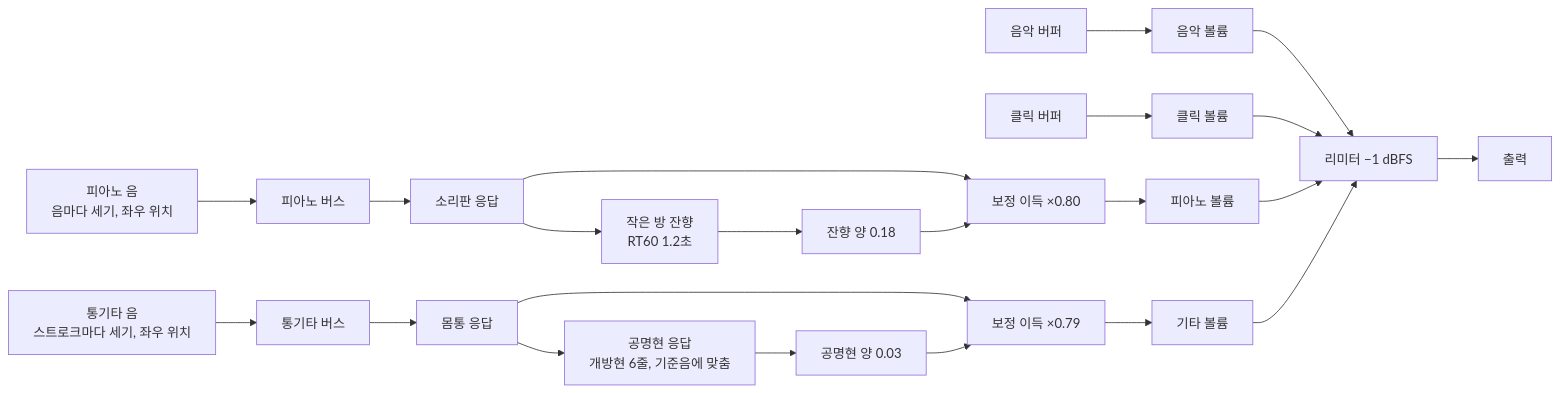
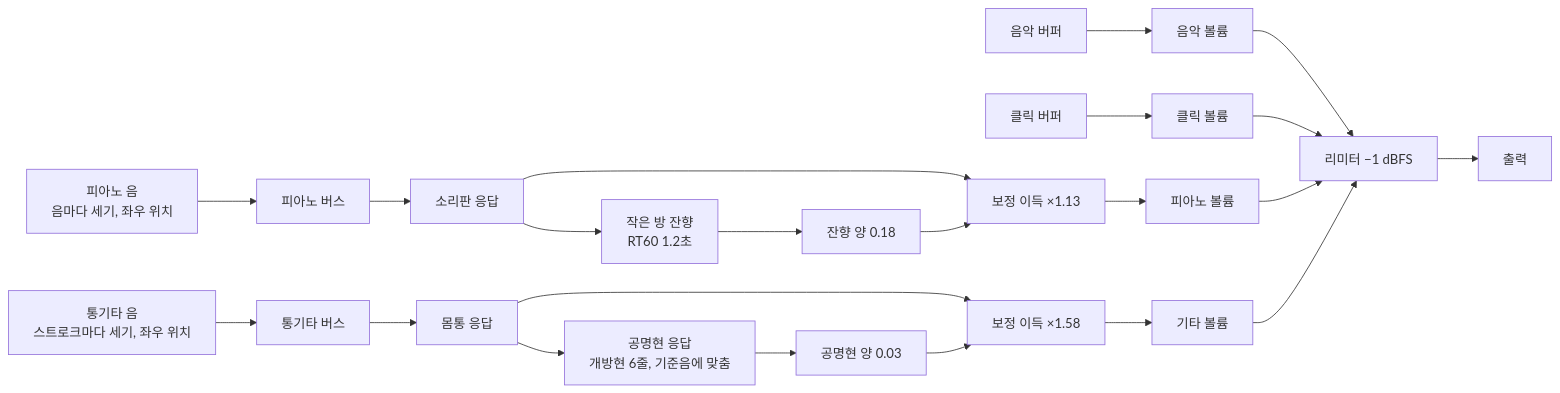
Before and after one commit to Velvitty/Chordity: the third of 3 diagrams in README.md, drawn with Mermaid. The commit also changed other lines of this file and 9 other files, not shown here.

````diff
--- a/README.md
+++ b/README.md
@@ -1419,18 +1419,18 @@
 ```mermaid
 flowchart LR
   M["음악 버퍼"] --> GM["음악 볼륨"]
   C["클릭 버퍼"] --> GC["클릭 볼륨"]
   P["피아노 음<br/>음마다 세기, 좌우 위치"] --> PB["피아노 버스"] --> SB["소리판 응답"]
-  SB --> MP["보정 이득 ×0.80"]
+  SB --> MP["보정 이득 ×1.13"]
   SB --> RP["작은 방 잔향<br/>RT60 1.2초"] --> WP["잔향 양 0.18"] --> MP
   G["통기타 음<br/>스트로크마다 세기, 좌우 위치"] --> GB["통기타 버스"] --> BD["몸통 응답"]
-  BD --> MG["보정 이득 ×0.79"]
+  BD --> MG["보정 이득 ×1.58"]
   BD --> RG["공명현 응답<br/>개방현 6줄, 기준음에 맞춤"] --> WG["공명현 양 0.03"] --> MG
   MP --> GP["피아노 볼륨"]
   MG --> GG["기타 볼륨"]
   GM --> L["리미터 −1 dBFS"]
   GC --> L
   GP --> L
   GG --> L
   L --> O["출력"]
 ```
````
